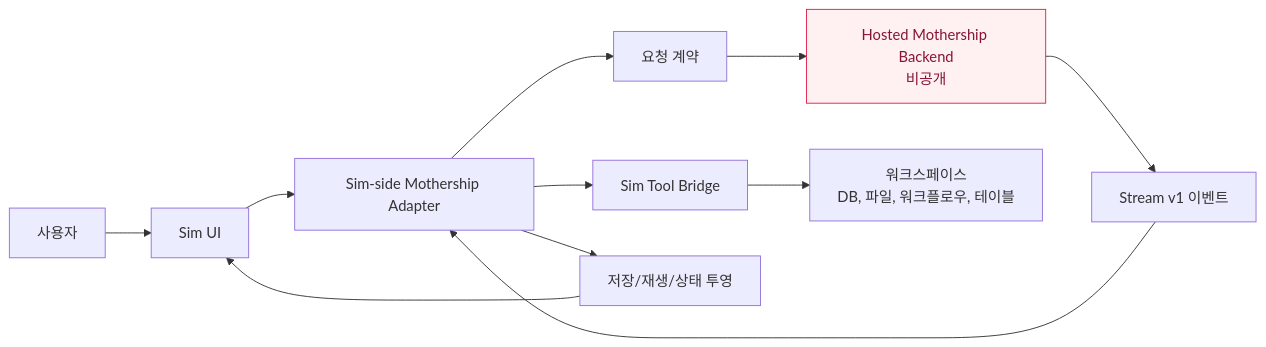
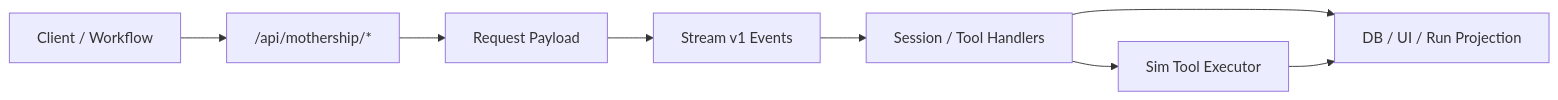
One commit to nfbs2000/speaky-sim changed the first of 2 diagrams in site/docs/index.md. Above: the diagram before and after it, drawn with Mermaid. The commit also changed other lines of this file and 21 other files, not shown here.

````diff
--- a/site/docs/index.md
+++ b/site/docs/index.md
@@ -13,16 +14,10 @@
 ```mermaid
 flowchart LR
-  User["사용자"] --> SimUI["Sim UI"]
-  SimUI --> Adapter["Sim-side Mothership Adapter"]
-  Adapter --> Request["요청 계약"]
-  Request --> Backend["Hosted Mothership Backend<br/>비공개"]
-  Backend --> Stream["Stream v1 이벤트"]
-  Stream --> Adapter
-  Adapter --> Tools["Sim Tool Bridge"]
-  Tools --> Workspace["워크스페이스<br/>DB, 파일, 워크플로우, 테이블"]
-  Adapter --> Store["저장/재생/상태 투영"]
-  Store --> SimUI
-
-  classDef private fill:#fff1f2,stroke:#e11d48,color:#881337
-  class Backend private
+  Client["Client / Workflow"] --> Route["/api/mothership/*"]
+  Route --> Payload["Request Payload"]
+  Payload --> Stream["Stream v1 Events"]
+  Stream --> Dispatcher["Session / Tool Handlers"]
+  Dispatcher --> Tools["Sim Tool Executor"]
+  Dispatcher --> Projection["DB / UI / Run Projection"]
+  Tools --> Projection
 ```
````
